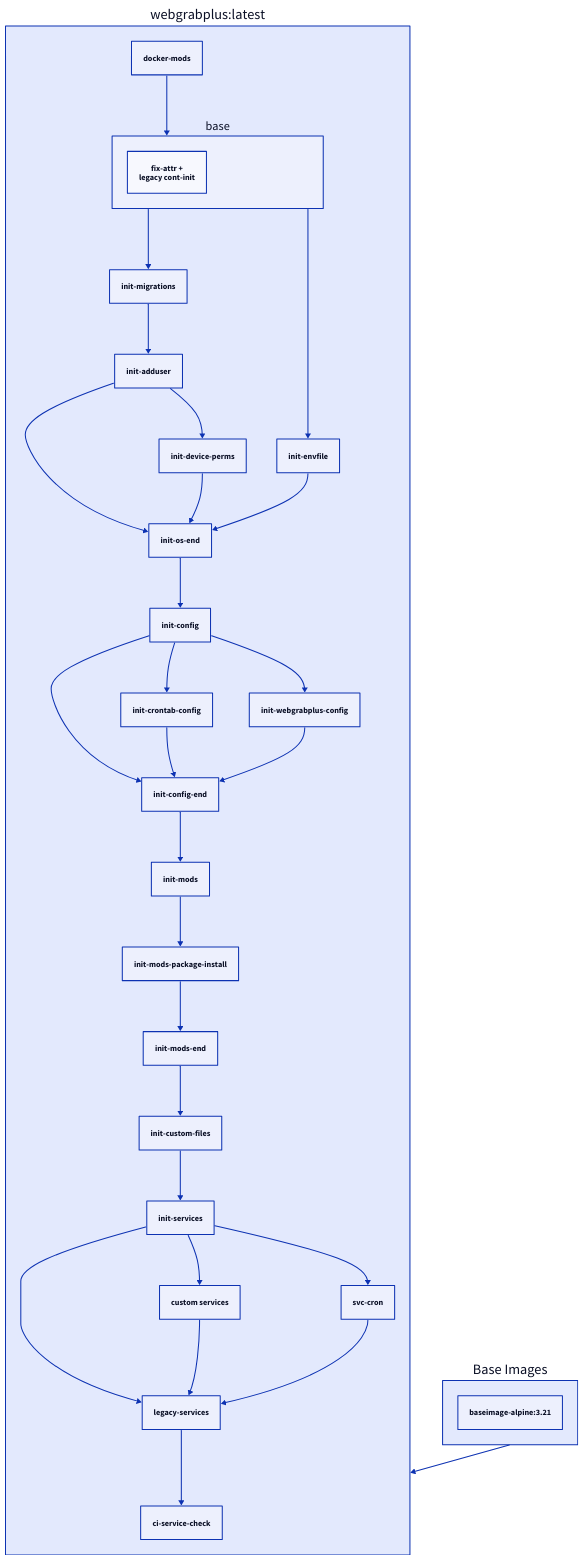
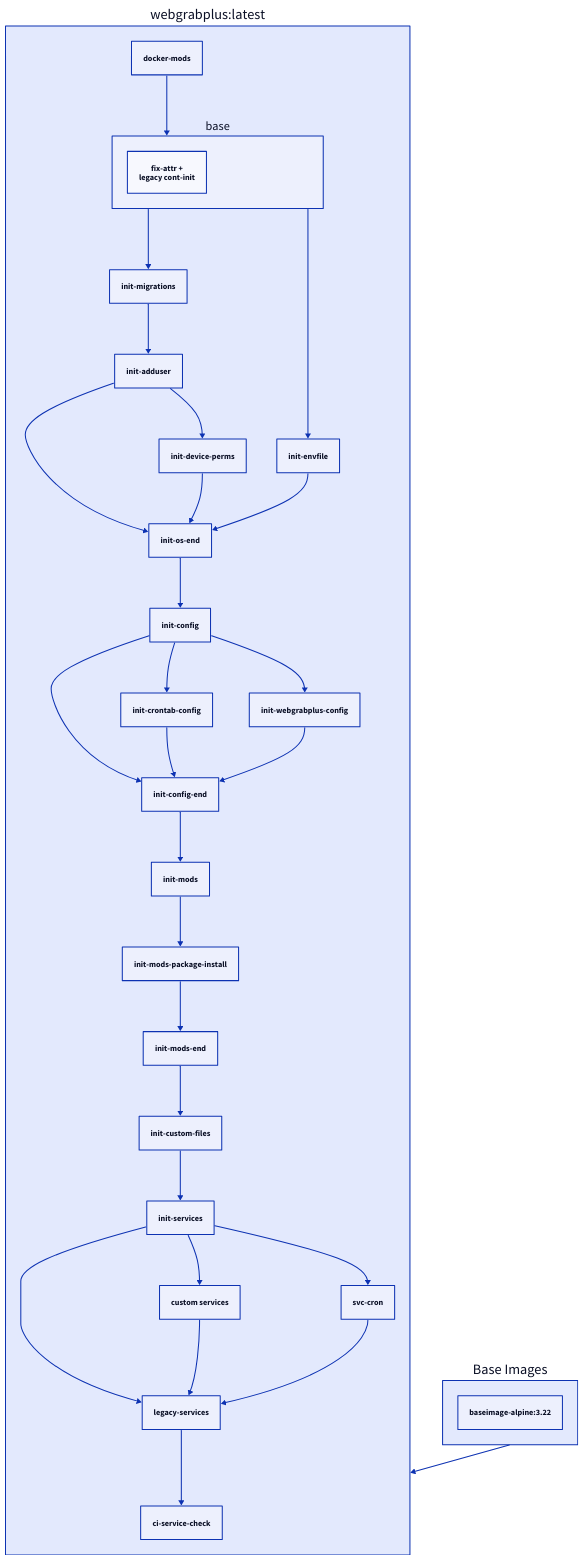
Before and after one commit to linuxserver/docker-documentation: the diagram in docs/images/docker-webgrabplus.md, drawn with D2. The commit also changed other lines of this file, not shown here.

Commit message:
Bot Updating Documentation

````diff
--- a/docs/images/docker-webgrabplus.md
+++ b/docs/images/docker-webgrabplus.md
@@ -294,39 +294,39 @@
     ```d2
     "webgrabplus:latest": {
       docker-mods
       base {
         fix-attr +\nlegacy cont-init
       }
       docker-mods -> base
       legacy-services
       custom services
       init-services -> legacy-services
       init-services -> custom services
       custom services -> legacy-services
       legacy-services -> ci-service-check
       init-migrations -> init-adduser
       init-os-end -> init-config
       init-config -> init-config-end
       init-crontab-config -> init-config-end
       init-webgrabplus-config -> init-config-end
       init-config -> init-crontab-config
       init-mods-end -> init-custom-files
       init-adduser -> init-device-perms
       base -> init-envfile
       base -> init-migrations
       init-config-end -> init-mods
       init-mods-package-install -> init-mods-end
       init-mods -> init-mods-package-install
       init-adduser -> init-os-end
       init-device-perms -> init-os-end
       init-envfile -> init-os-end
       init-custom-files -> init-services
       init-config -> init-webgrabplus-config
       init-services -> svc-cron
       svc-cron -> legacy-services
     }
     Base Images: {
-      "baseimage-alpine:3.21"
+      "baseimage-alpine:3.22"
     }
     "webgrabplus:latest" <- Base Images
     ```
````
